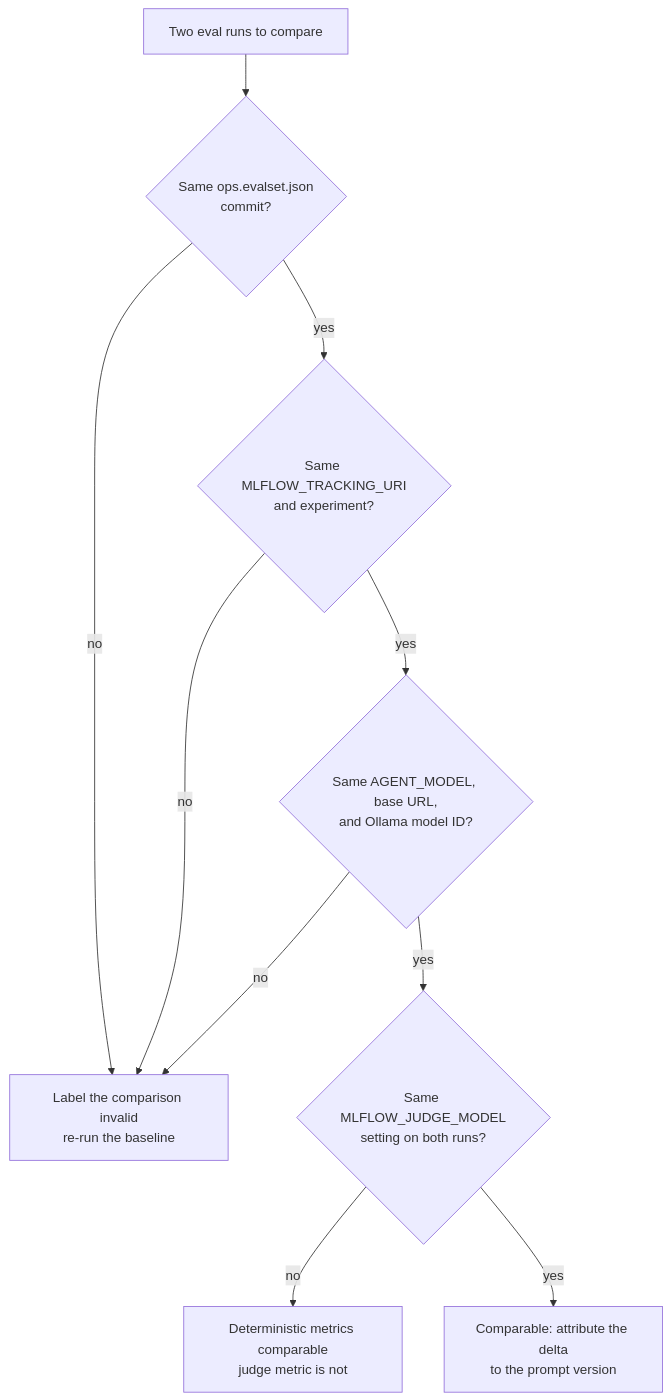
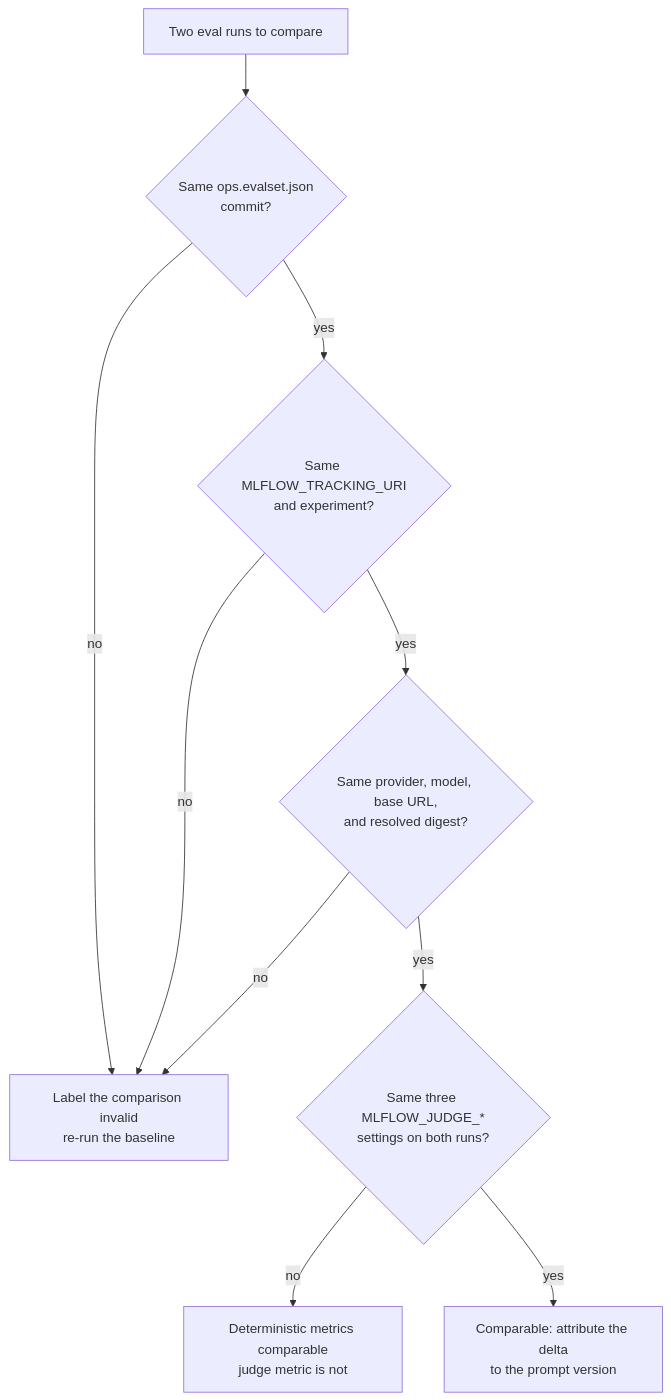
Before and after one commit to LuiGGi629/agentops-open-course: the second of 2 diagrams in docs/7. Observability/7.0. Reproducibility.md, drawn with Mermaid. The commit also changed other lines of this file and 58 other files, not shown here.

````diff
--- a/docs/7. Observability/7.0. Reproducibility.md
+++ b/docs/7. Observability/7.0. Reproducibility.md
@@ -246,12 +270,12 @@
 ```mermaid
 flowchart TD
     Start[Two eval runs to compare] --> Evalset{Same ops.evalset.json<br/>commit?}
     Evalset -->|no| Invalid[Label the comparison invalid<br/>re-run the baseline]
     Evalset -->|yes| Store{Same MLFLOW_TRACKING_URI<br/>and experiment?}
     Store -->|no| Invalid
-    Store -->|yes| ModelPath{Same AGENT_MODEL, base URL,<br/>and Ollama model ID?}
+    Store -->|yes| ModelPath{Same provider, model, base URL,<br/>and resolved digest?}
     ModelPath -->|no| Invalid
-    ModelPath -->|yes| Judge{Same MLFLOW_JUDGE_MODEL<br/>setting on both runs?}
+    ModelPath -->|yes| Judge{Same three MLFLOW_JUDGE_*<br/>settings on both runs?}
     Judge -->|no| Partial[Deterministic metrics comparable<br/>judge metric is not]
     Judge -->|yes| Valid[Comparable: attribute the delta<br/>to the prompt version]
 ```
````
